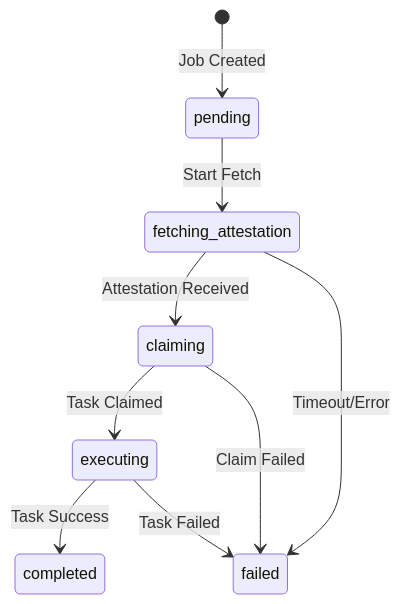
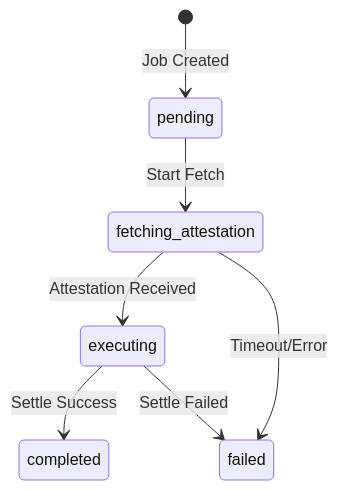
Before and after one commit to ReineiraOS/protocol: the third of 3 diagrams in packages/offchain/packages/operator/README.md, drawn with Mermaid. The commit also changed other lines of this file and 44 other files, not shown here.

````diff
--- a/packages/offchain/packages/operator/README.md
+++ b/packages/offchain/packages/operator/README.md
@@ -116,11 +114,9 @@
 ```mermaid
 stateDiagram-v2
     [*] --> pending: Job Created
     pending --> fetching_attestation: Start Fetch
-    fetching_attestation --> claiming: Attestation Received
-    claiming --> executing: Task Claimed
-    executing --> completed: Task Success
-    executing --> failed: Task Failed
+    fetching_attestation --> executing: Attestation Received
+    executing --> completed: Settle Success
+    executing --> failed: Settle Failed
     fetching_attestation --> failed: Timeout/Error
-    claiming --> failed: Claim Failed
 ```
````
